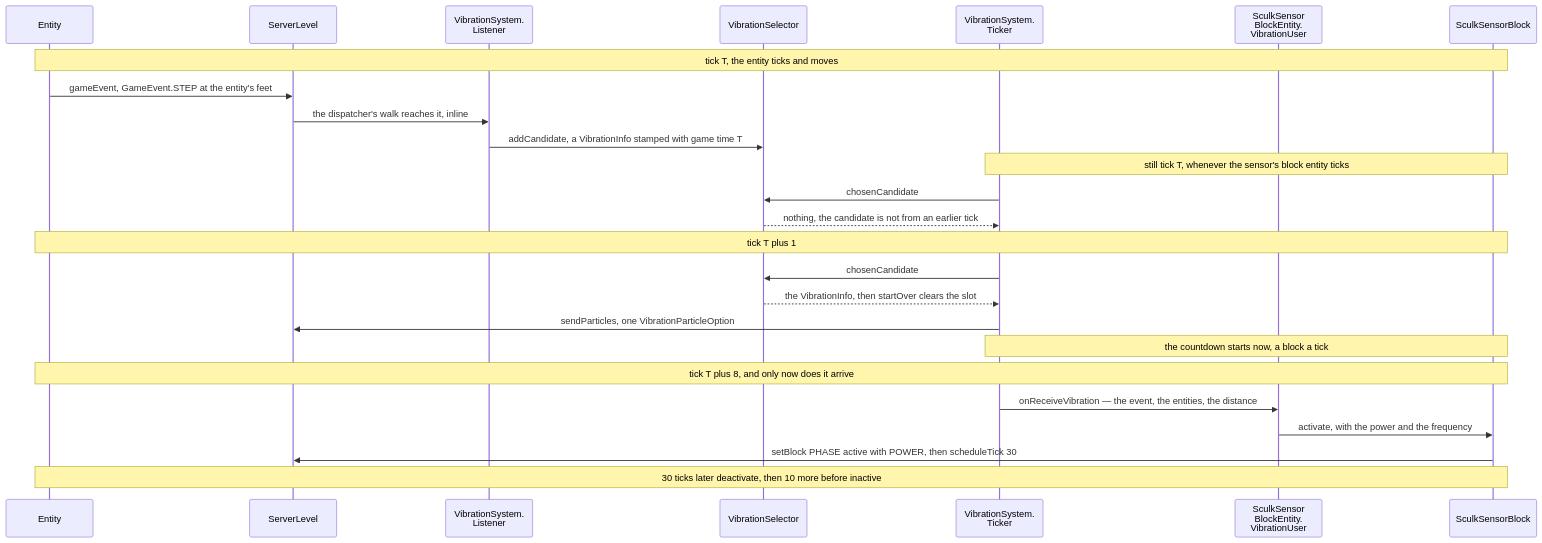
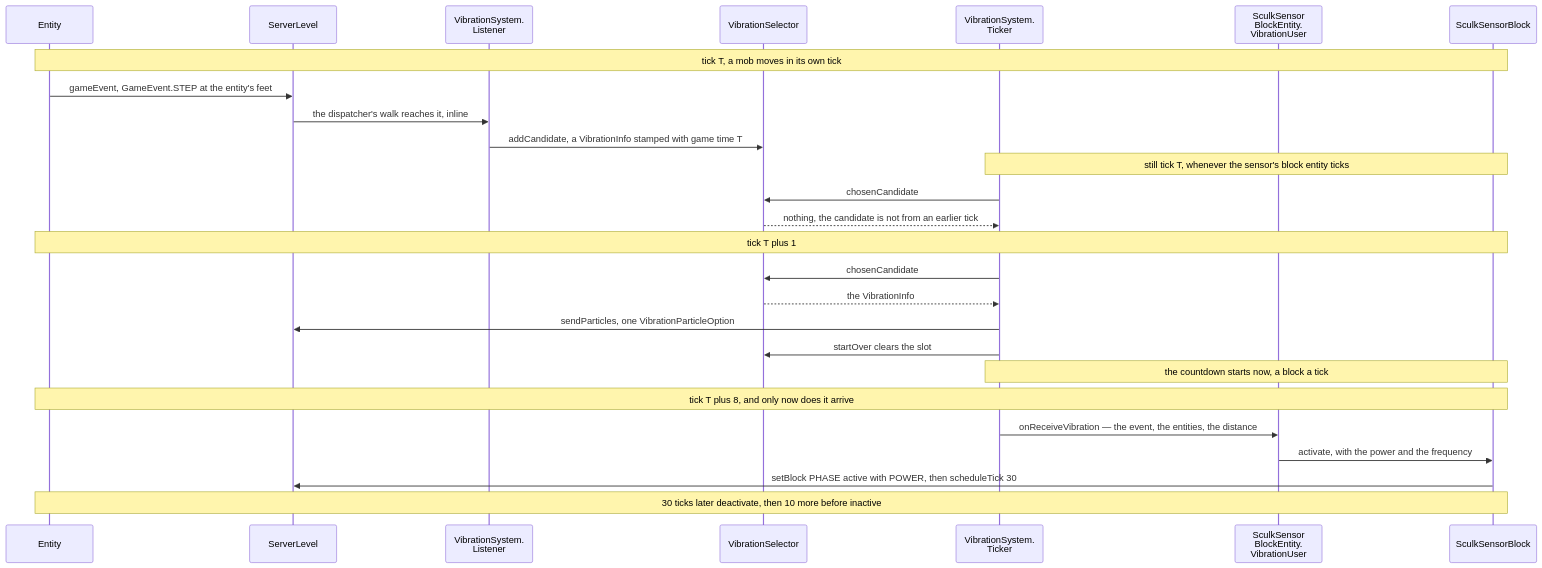
The third of 3 diagrams in src/systems/world/game-events-and-vibrations.md (AlexanderjFraser/MinecraftDocs), drawn with Mermaid before and after one commit. The commit also changed other lines of this file and 20 other files, not shown here.

````diff
--- a/src/systems/world/game-events-and-vibrations.md
+++ b/src/systems/world/game-events-and-vibrations.md
@@ -217,28 +222,29 @@
 ```mermaid
 sequenceDiagram
     participant Entity as Entity
     participant SL as ServerLevel
     participant VSL as VibrationSystem.<br/>Listener
     participant VSel as VibrationSelector
     participant VST as VibrationSystem.<br/>Ticker
     participant SSVU as SculkSensor<br/>BlockEntity.<br/>VibrationUser
     participant SSB as SculkSensorBlock
 
-    Note over Entity,SSB: tick T, the entity ticks and moves
+    Note over Entity,SSB: tick T, a mob moves in its own tick
     Entity->>SL: gameEvent, GameEvent.STEP at the entity's feet
     SL->>VSL: the dispatcher's walk reaches it, inline
     VSL->>VSel: addCandidate, a VibrationInfo stamped with game time T
     Note over VST,SSB: still tick T, whenever the sensor's block entity ticks
     VST->>VSel: chosenCandidate
     VSel-->>VST: nothing, the candidate is not from an earlier tick
     Note over Entity,SSB: tick T plus 1
     VST->>VSel: chosenCandidate
-    VSel-->>VST: the VibrationInfo, then startOver clears the slot
+    VSel-->>VST: the VibrationInfo
     VST->>SL: sendParticles, one VibrationParticleOption
+    VST->>VSel: startOver clears the slot
     Note over VST,SSB: the countdown starts now, a block a tick
     Note over Entity,SSB: tick T plus 8, and only now does it arrive
     VST->>SSVU: onReceiveVibration — the event, the entities, the distance
     SSVU->>SSB: activate, with the power and the frequency
     SSB->>SL: setBlock PHASE active with POWER, then scheduleTick 30
     Note over Entity,SSB: 30 ticks later deactivate, then 10 more before inactive
 ```
````
